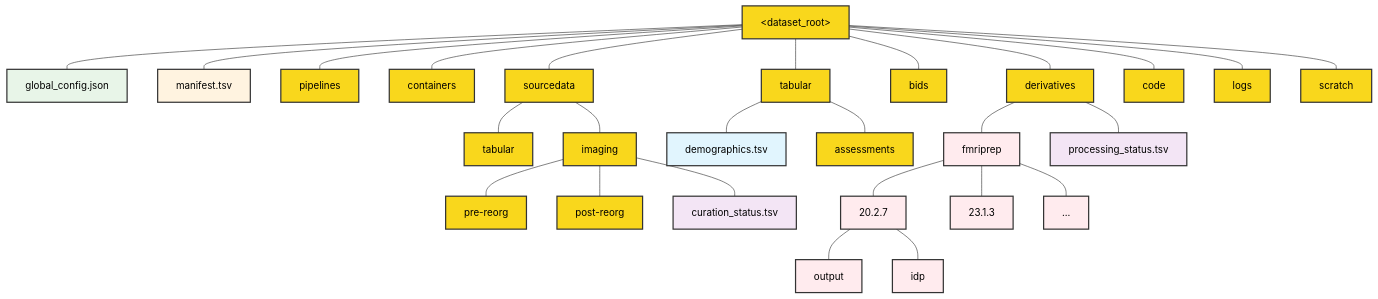
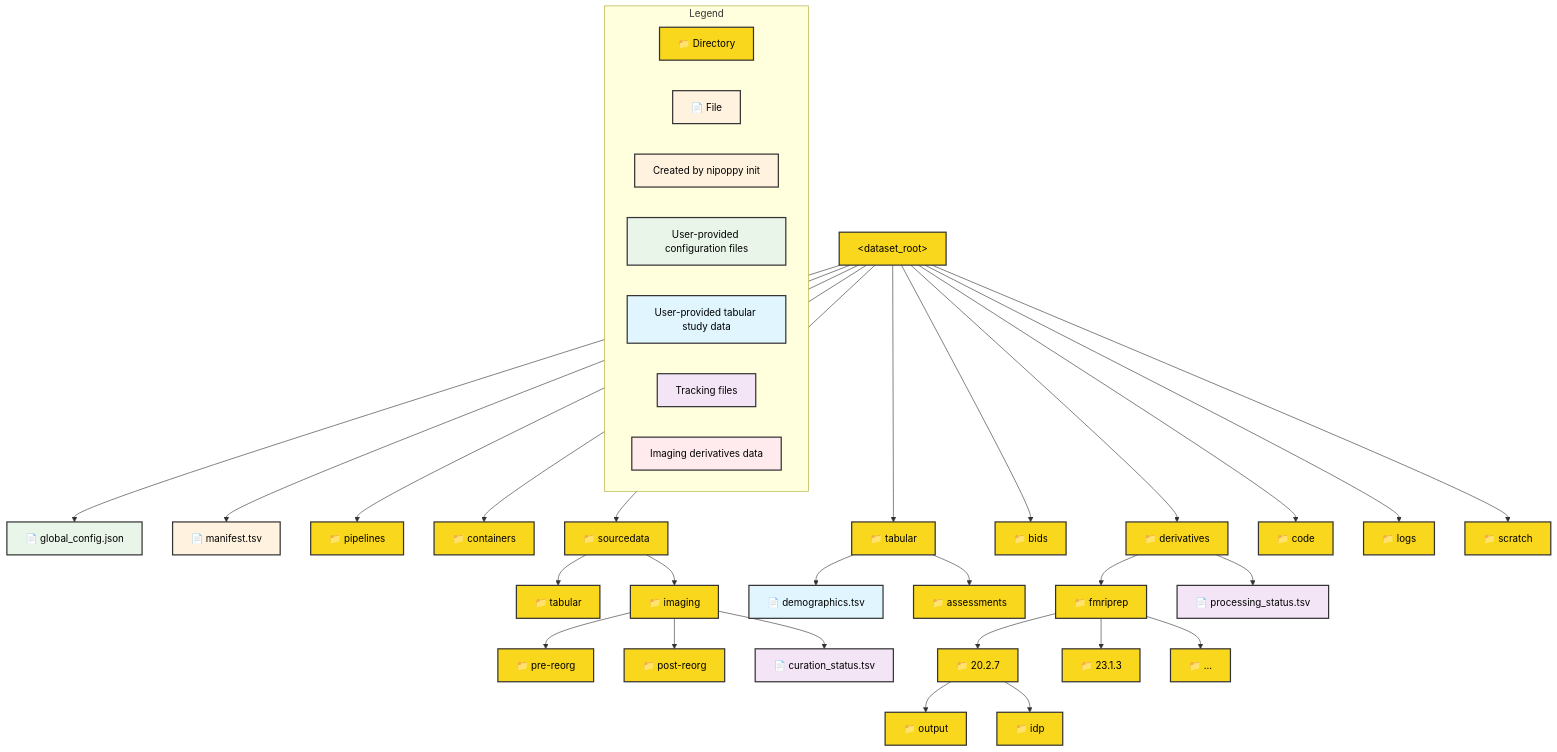
Before and after one commit to asmacdo/nipoppy: the diagram in README.md, drawn with Mermaid.

Commit message:
try graph instead of flowchart

````diff
--- a/README.md
+++ b/README.md
@@ -28,46 +28,58 @@
 ```mermaid
-flowchart TD
-    A["&lt;dataset_root&gt;"] --- B["global_config.json"]
-    A --- C["manifest.tsv"]
-    A --- D["pipelines"]
-    A --- E["containers"]
-    A --- F["sourcedata"]
-    A --- G["tabular"]
-    A --- H["bids"]
-    A --- I["derivatives"]
-    A --- J["code"]
-    A --- K["logs"]
-    A --- L["scratch"]
+graph TB
+    A["&lt;dataset_root&gt;"]
 
-    F --- M["tabular"]
-    F --- N["imaging"]
-    N --- O["pre-reorg"]
-    N --- P["post-reorg"]
-    N --- Q["curation_status.tsv"]
+    A --> B["📄 global_config.json"]
+    A --> C["📄 manifest.tsv"]
+    A --> D["📁 pipelines"]
+    A --> E["📁 containers"]
+    A --> F["📁 sourcedata"]
+    A --> G["📁 tabular"]
+    A --> H["📁 bids"]
+    A --> I["📁 derivatives"]
+    A --> J["📁 code"]
+    A --> K["📁 logs"]
+    A --> L["📁 scratch"]
 
-    G --- R["demographics.tsv"]
-    G --- S["assessments"]
+    F --> M["📁 tabular"]
+    F --> N["📁 imaging"]
+    N --> O["📁 pre-reorg"]
+    N --> P["📁 post-reorg"]
+    N --> Q["📄 curation_status.tsv"]
 
-    I --- T["fmriprep"]
-    I --- U["processing_status.tsv"]
-    T --- V["20.2.7"]
-    V --- W["output"]
-    V --- X["idp"]
-    T --- Y["23.1.3"]
-    T --- Z["..."]
+    G --> R["📄 demographics.tsv"]
+    G --> S["📁 assessments"]
 
-    %% Styling to match original
+    I --> T["📁 fmriprep"]
+    I --> U["📄 processing_status.tsv"]
+    T --> V["📁 20.2.7"]
+    T --> Y["📁 23.1.3"]
+    T --> Z["📁 ..."]
+    V --> W["📁 output"]
+    V --> X["📁 idp"]
+
+    %% Styling with colors matching original
     classDef directory fill:#f9d71c,stroke:#333,stroke-width:2px,color:#000
     classDef createdFile fill:#fff3e0,stroke:#333,stroke-width:2px,color:#000
     classDef userConfig fill:#e8f5e8,stroke:#333,stroke-width:2px,color:#000
     classDef userTabular fill:#e1f5fe,stroke:#333,stroke-width:2px,color:#000
     classDef tracking fill:#f3e5f5,stroke:#333,stroke-width:2px,color:#000
     classDef derivatives fill:#ffebee,stroke:#333,stroke-width:2px,color:#000
 
-    class A,D,E,F,G,H,I,J,K,L,M,N,O,P,S directory
+    class A,D,E,F,G,H,I,J,K,L,M,N,O,P,S,T,V,W,X,Y,Z directory
     class C createdFile
     class B userConfig
     class R userTabular
     class Q,U tracking
-    class T,V,W,X,Y,Z derivatives
+
+    %% Legend
+    subgraph Legend["Legend"]
+        L1["📁 Directory"]:::directory
+        L2["📄 File"]:::createdFile
+        L3["Created by nipoppy init"]:::createdFile
+        L4["User-provided configuration files"]:::userConfig
+        L5["User-provided tabular study data"]:::userTabular
+        L6["Tracking files"]:::tracking
+        L7["Imaging derivatives data"]:::derivatives
+    end
 ```
````
